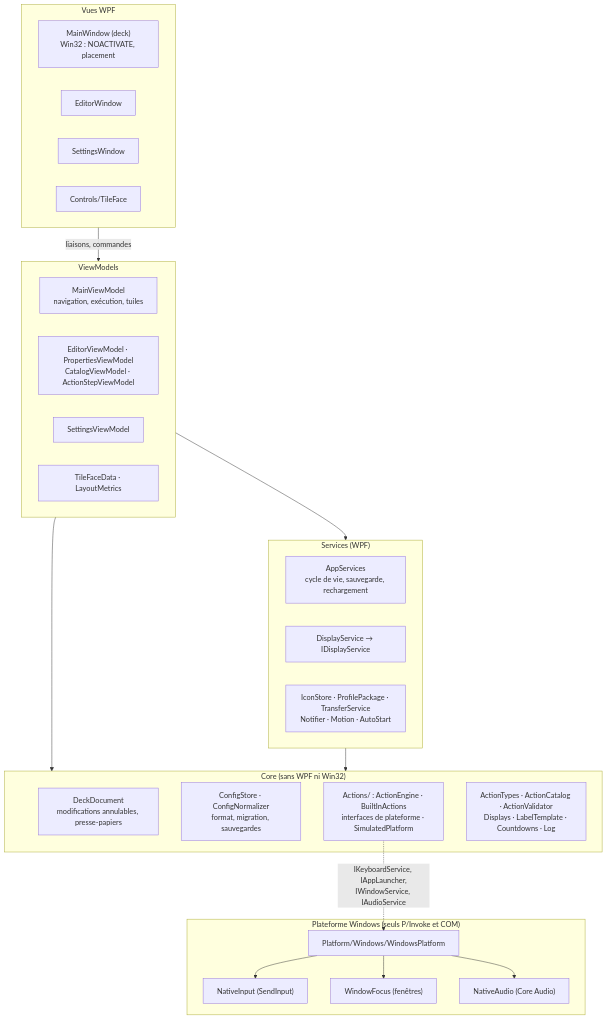
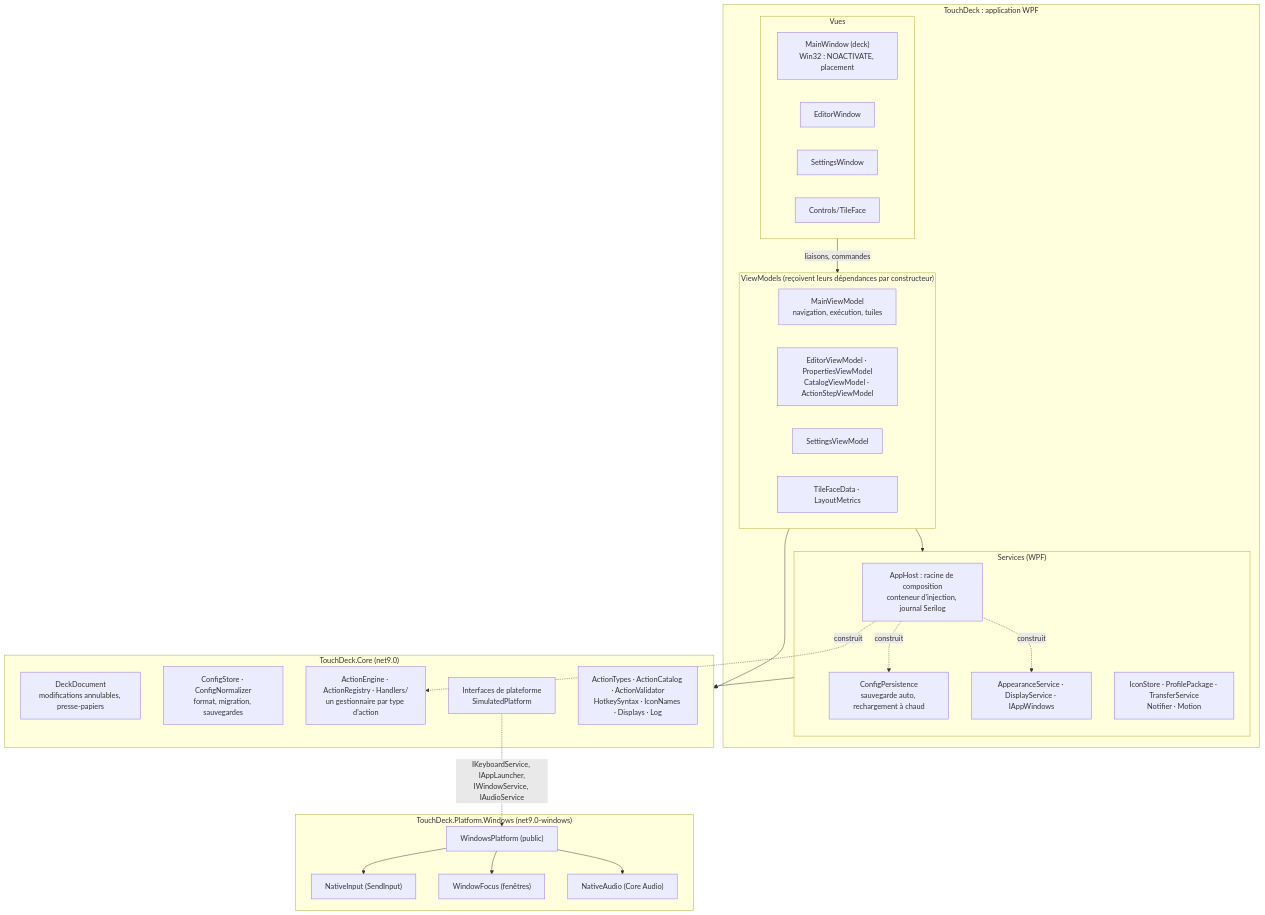
One commit to Dakire/StreamDeck changed the first of 2 diagrams in docs/ARCHITECTURE.md. Above: the diagram before and after it, drawn with Mermaid. The commit also changed other lines of this file and 14 other files, not shown here.

First line of the commit message:
docs: bilan de la phase 2, architecture réécrite, ADR 0007 à 0010

````diff
--- a/docs/ARCHITECTURE.md
+++ b/docs/ARCHITECTURE.md
@@ -6,38 +12,43 @@
 ```mermaid
 flowchart TB
-    subgraph Vues["Vues WPF"]
-        MW["MainWindow (deck)<br/>Win32 : NOACTIVATE, placement"]
-        EW[EditorWindow]
-        SW[SettingsWindow]
-        TF[Controls/TileFace]
+    subgraph App["TouchDeck : application WPF"]
+        subgraph Vues["Vues"]
+            MW["MainWindow (deck)<br/>Win32 : NOACTIVATE, placement"]
+            EW[EditorWindow]
+            SW[SettingsWindow]
+            TF[Controls/TileFace]
+        end
+        subgraph VM["ViewModels (reçoivent leurs dépendances par constructeur)"]
+            MVM["MainViewModel<br/>navigation, exécution, tuiles"]
+            EVM["EditorViewModel · PropertiesViewModel<br/>CatalogViewModel · ActionStepViewModel"]
+            SVM[SettingsViewModel]
+            LM["TileFaceData · LayoutMetrics"]
+        end
+        subgraph Services["Services (WPF)"]
+            AH["AppHost : racine de composition<br/>conteneur d'injection, journal Serilog"]
+            CP["ConfigPersistence<br/>sauvegarde auto, rechargement à chaud"]
+            AP["AppearanceService · DisplayService · IAppWindows"]
+            OT["IconStore · ProfilePackage · TransferService<br/>Notifier · Motion"]
+        end
     end
-    subgraph VM["ViewModels"]
-        MVM["MainViewModel<br/>navigation, exécution, tuiles"]
-        EVM["EditorViewModel · PropertiesViewModel<br/>CatalogViewModel · ActionStepViewModel"]
-        SVM[SettingsViewModel]
-        LM["TileFaceData · LayoutMetrics"]
-    end
-    subgraph Services["Services (WPF)"]
-        AS["AppServices<br/>cycle de vie, sauvegarde, rechargement"]
-        DS["DisplayService → IDisplayService"]
-        OT["IconStore · ProfilePackage · TransferService<br/>Notifier · Motion · AutoStart"]
-    end
-    subgraph Core["Core (sans WPF ni Win32)"]
+    subgraph Core["TouchDeck.Core (net9.0)"]
         DD["DeckDocument<br/>modifications annulables, presse-papiers"]
         CS["ConfigStore · ConfigNormalizer<br/>format, migration, sauvegardes"]
-        AE["Actions/ : ActionEngine · BuiltInActions<br/>interfaces de plateforme · SimulatedPlatform"]
-        UT["ActionTypes · ActionCatalog · ActionValidator<br/>Displays · LabelTemplate · Countdowns · Log"]
+        AE["ActionEngine · ActionRegistry · Handlers/<br/>un gestionnaire par type d'action"]
+        PI["Interfaces de plateforme<br/>SimulatedPlatform"]
+        UT["ActionTypes · ActionCatalog · ActionValidator<br/>HotkeySyntax · IconNames · Displays · Log"]
     end
-    subgraph Win["Plateforme Windows (seuls P/Invoke et COM)"]
-        WP[Platform/Windows/WindowsPlatform]
+    subgraph Win["TouchDeck.Platform.Windows (net9.0-windows)"]
+        WP["WindowsPlatform (public)"]
         NI["NativeInput (SendInput)"]
         WF["WindowFocus (fenêtres)"]
         NA["NativeAudio (Core Audio)"]
     end
     Vues -- "liaisons, commandes" --> VM
     VM --> Services
     VM --> Core
     Services --> Core
-    AE -. "IKeyboardService, IAppLauncher,<br/>IWindowService, IAudioService" .-> WP
+    AH -. "construit" .-> CP & AP & AE
+    PI -. "IKeyboardService, IAppLauncher,<br/>IWindowService, IAudioService" .-> WP
     WP --> NI & WF & NA
 ```
````
